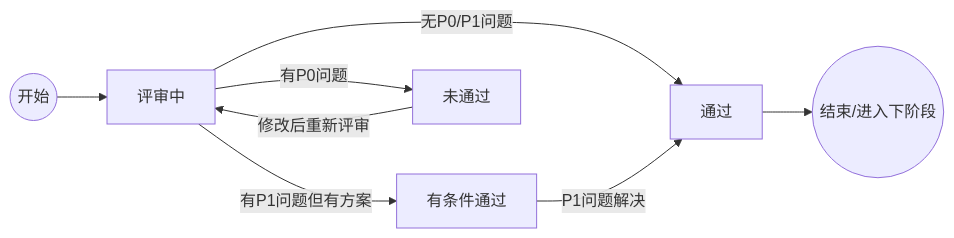
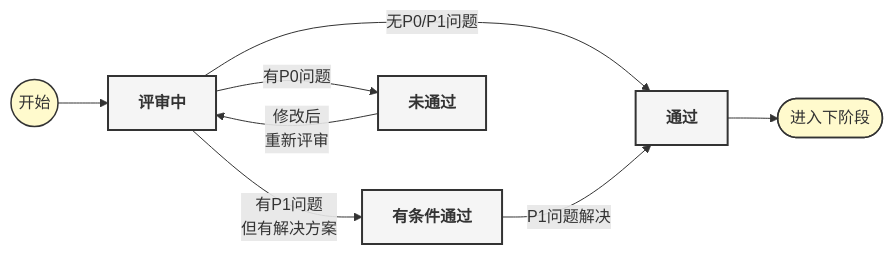
Before and after one commit to Taskon-xyz/PR: the eighth of 11 diagrams in 开发流程图.md, drawn with Mermaid. The commit also changed other lines of this file and 1 other file, not shown here.

````diff
--- a/开发流程图.md
+++ b/开发流程图.md
@@ -220,10 +210,16 @@
 ```mermaid
 graph LR
+    classDef stateNode fill:#f5f5f5,stroke:#333,stroke-width:2px,color:#333,font-weight:bold
+    classDef milestone fill:#fffacd,stroke:#333,stroke-width:1.5px
+    
     Start((开始)) --> A[评审中]
     A -->|无P0/P1问题| B[通过]
-    A -->|有P1问题但有方案| C[有条件通过]
+    A -->|有P1问题<br>但有解决方案| C[有条件通过]
     A -->|有P0问题| D[未通过]
     C -->|P1问题解决| B
-    D -->|修改后重新评审| A
-    B --> End((结束/进入下阶段))
+    D -->|修改后<br>重新评审| A
+    B --> End([进入下阶段])
+    
+    class A,B,C,D stateNode
+    class Start,End milestone
 ```
````
